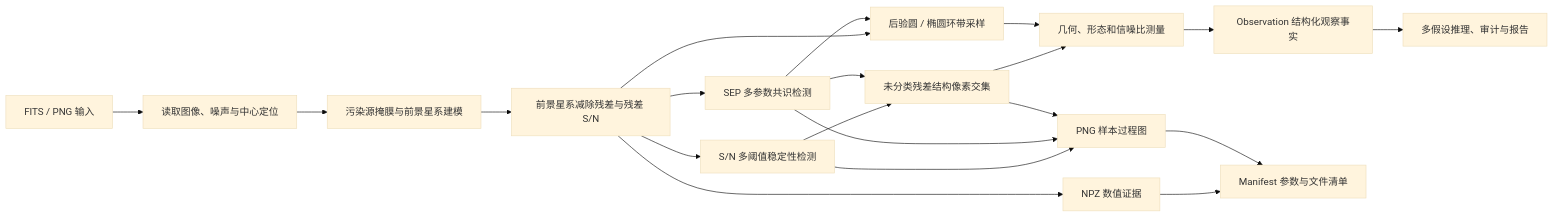
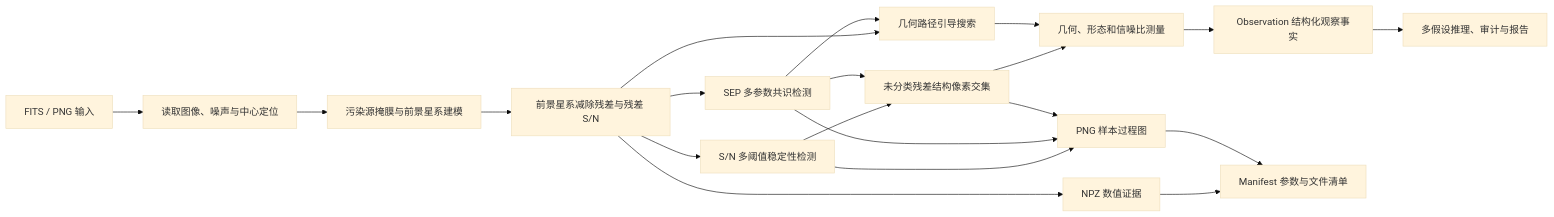
The diagram in src/docs/VISION_PROCESS_FLOW_CN.md (moonlovist/SL-agent), drawn with Mermaid (base theme) before and after one commit. The commit also changed other lines of this file and 13 other files, not shown here.

````diff
--- a/src/docs/VISION_PROCESS_FLOW_CN.md
+++ b/src/docs/VISION_PROCESS_FLOW_CN.md
@@ -5,22 +5,22 @@
 ```mermaid
 flowchart LR
     A["FITS / PNG 输入"] --> B["读取图像、噪声与中心定位"]
     B --> C["污染源掩膜与前景星系建模"]
     C --> D["前景星系减除残差与残差 S/N"]
     D --> E["S/N 多阈值稳定性检测"]
     D --> F["SEP 多参数共识检测"]
-    D --> R["后验圆 / 椭圆环带采样"]
+    D --> R["几何路径引导搜索"]
     E --> G["未分类残差结构像素交集"]
     F --> G
     F --> R
     G --> H["几何、形态和信噪比测量"]
     R --> H
     H --> I["Observation 结构化观察事实"]
     I --> J["多假设推理、审计与报告"]
     D --> K["NPZ 数值证据"]
     E --> L["PNG 样本过程图"]
     F --> L
     G --> L
     K --> M["Manifest 参数与文件清单"]
     L --> M
 ```
````
